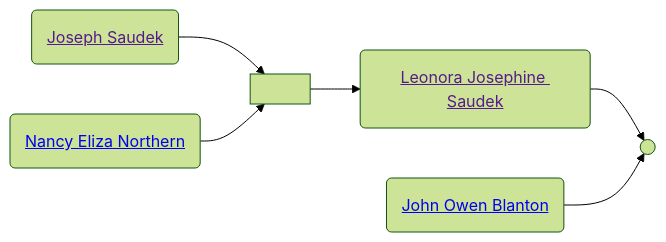
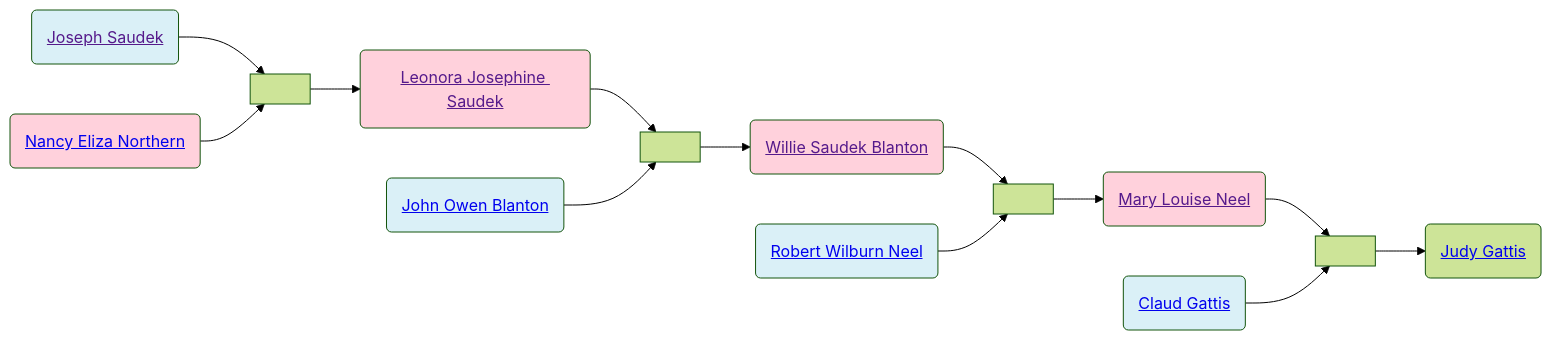
Before and after one commit to neelsmith/avocational: the diagram in familyhistory/sources/people/Neel-line/Blanton-line/Saudek-line/Joseph_Saudek.qmd, drawn with Mermaid (forest theme). The commit also changed 91 other files, not shown here.

Commit message:
Rebuild descendant diagrams

````diff
--- a/familyhistory/sources/people/Neel-line/Blanton-line/Saudek-line/Joseph_Saudek.qmd
+++ b/familyhistory/sources/people/Neel-line/Blanton-line/Saudek-line/Joseph_Saudek.qmd
@@ -26,14 +26,32 @@
 ```{mermaid}
 graph LR
+%% LR descendant diagram
 class Joseph_Saudek_and_Nancy_Eliza_Northern marriage
 Joseph_Saudek(<a href=''>Joseph Saudek</>) --> Joseph_Saudek_and_Nancy_Eliza_Northern[ ]
 Nancy_Eliza_Northern(<a href='./Northern-line/Nancy_Eliza_Northern.html'>Nancy Eliza Northern</>) --> Joseph_Saudek_and_Nancy_Eliza_Northern(( ))
+class Joseph_Saudek father
+class Nancy_Eliza_Northern mother
 Joseph_Saudek_and_Nancy_Eliza_Northern[ ] --> Leonora_Josephine_Saudek(<a href='./Leonora_Josephine_Saudek.html'>Leonora Josephine Saudek</>)
 class Leonora_Josephine_Saudek_and_John_Owen_Blanton marriage
 Leonora_Josephine_Saudek(<a href=''>Leonora Josephine Saudek</>) --> Leonora_Josephine_Saudek_and_John_Owen_Blanton[ ]
 John_Owen_Blanton(<a href='./../John_Owen_Blanton.html'>John Owen Blanton</>) --> Leonora_Josephine_Saudek_and_John_Owen_Blanton(( ))
+class John_Owen_Blanton father
+class Leonora_Josephine_Saudek mother
+Leonora_Josephine_Saudek_and_John_Owen_Blanton[ ] --> Willie_Saudek_Blanton(<a href='./../Willie_Saudek_Blanton.html'>Willie Saudek Blanton</>)
+class Willie_Saudek_Blanton_and_Robert_Wilburn_Neel marriage
+Willie_Saudek_Blanton(<a href=''>Willie Saudek Blanton</>) --> Willie_Saudek_Blanton_and_Robert_Wilburn_Neel[ ]
+Robert_Wilburn_Neel(<a href='./../Robert_Wilburn_Neel.html'>Robert Wilburn Neel</>) --> Willie_Saudek_Blanton_and_Robert_Wilburn_Neel(( ))
+class Robert_Wilburn_Neel father
+class Willie_Saudek_Blanton mother
+Willie_Saudek_Blanton_and_Robert_Wilburn_Neel[ ] --> Mary_Louise_Neel(<a href='./../Mary_Louise_Neel.html'>Mary Louise Neel</>)
+class Mary_Louise_Neel_and_Claud_Gattis marriage
+Mary_Louise_Neel(<a href=''>Mary Louise Neel</>) --> Mary_Louise_Neel_and_Claud_Gattis[ ]
+Claud_Gattis(<a href='./../Gattis-line/Claud_Gattis.html'>Claud Gattis</>) --> Mary_Louise_Neel_and_Claud_Gattis(( ))
+class Claud_Gattis father
+class Mary_Louise_Neel mother
+Mary_Louise_Neel_and_Claud_Gattis[ ] --> Judy_Gattis(<a href='./../Gattis-line/Judy_Gattis.html'>Judy Gattis</>)
 classDef mother fill:#ffd1dc
 classDef father fill:#daf0f7  
 classDef marriage fill:#ffffff
 
 ```
````
